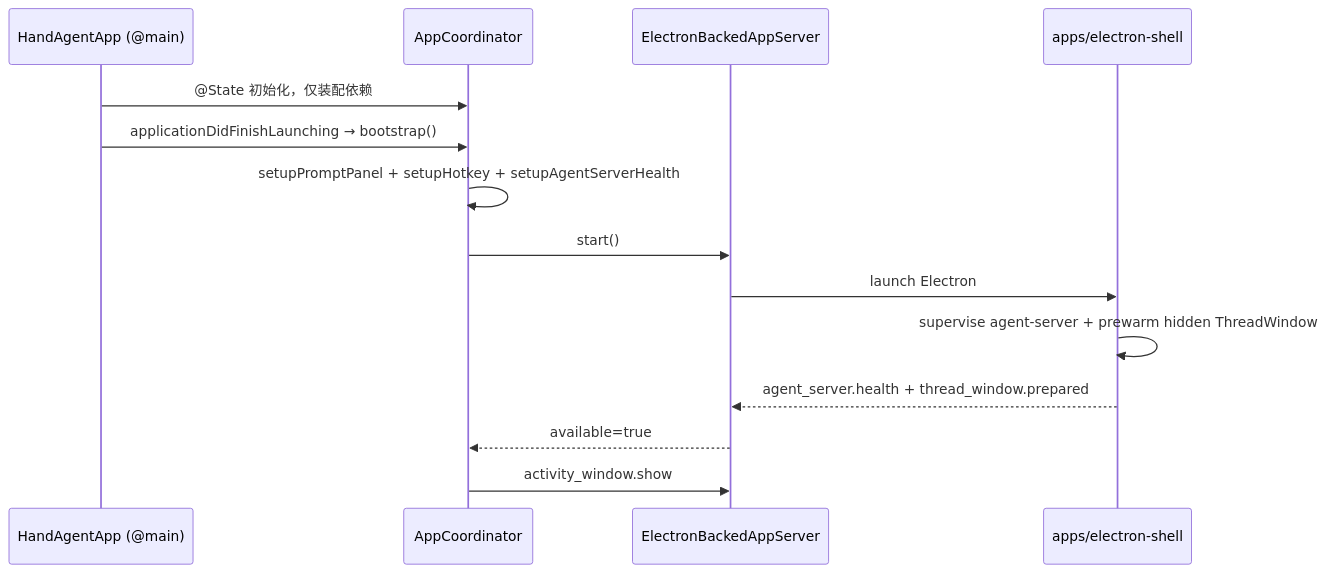
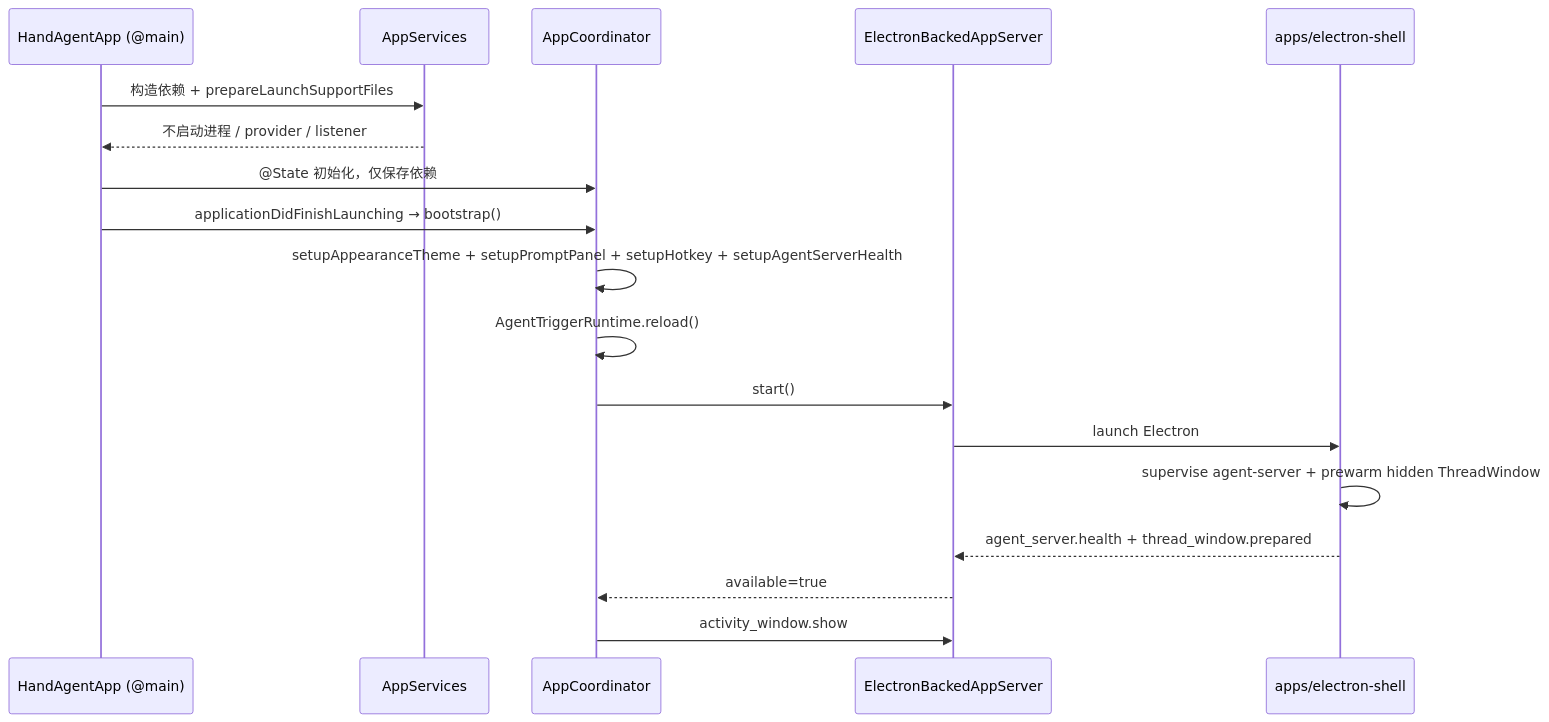
Before and after one commit to Lixuhang987/Wisp-Pocket: the first of 2 diagrams in apps/desktop/desktop.md, drawn with Mermaid. The commit also changed other lines of this file and 4 other files, not shown here.

````diff
--- a/apps/desktop/desktop.md
+++ b/apps/desktop/desktop.md
@@ -60,17 +61,21 @@
 ```mermaid
 sequenceDiagram
   participant App as HandAgentApp (@main)
+  participant Services as AppServices
   participant Coord as AppCoordinator
   participant Electron as ElectronBackedAppServer
   participant Shell as apps/electron-shell
 
-  App->>Coord: @State 初始化，仅装配依赖
+  App->>Services: 构造依赖 + prepareLaunchSupportFiles
+  Services-->>App: 不启动进程 / provider / listener
+  App->>Coord: @State 初始化，仅保存依赖
   App->>Coord: applicationDidFinishLaunching → bootstrap()
-  Coord->>Coord: setupPromptPanel + setupHotkey + setupAgentServerHealth
+  Coord->>Coord: setupAppearanceTheme + setupPromptPanel + setupHotkey + setupAgentServerHealth
+  Coord->>Coord: AgentTriggerRuntime.reload()
   Coord->>Electron: start()
   Electron->>Shell: launch Electron
   Shell->>Shell: supervise agent-server + prewarm hidden ThreadWindow
   Shell-->>Electron: agent_server.health + thread_window.prepared
   Electron-->>Coord: available=true
   Coord->>Electron: activity_window.show
 ```
````
